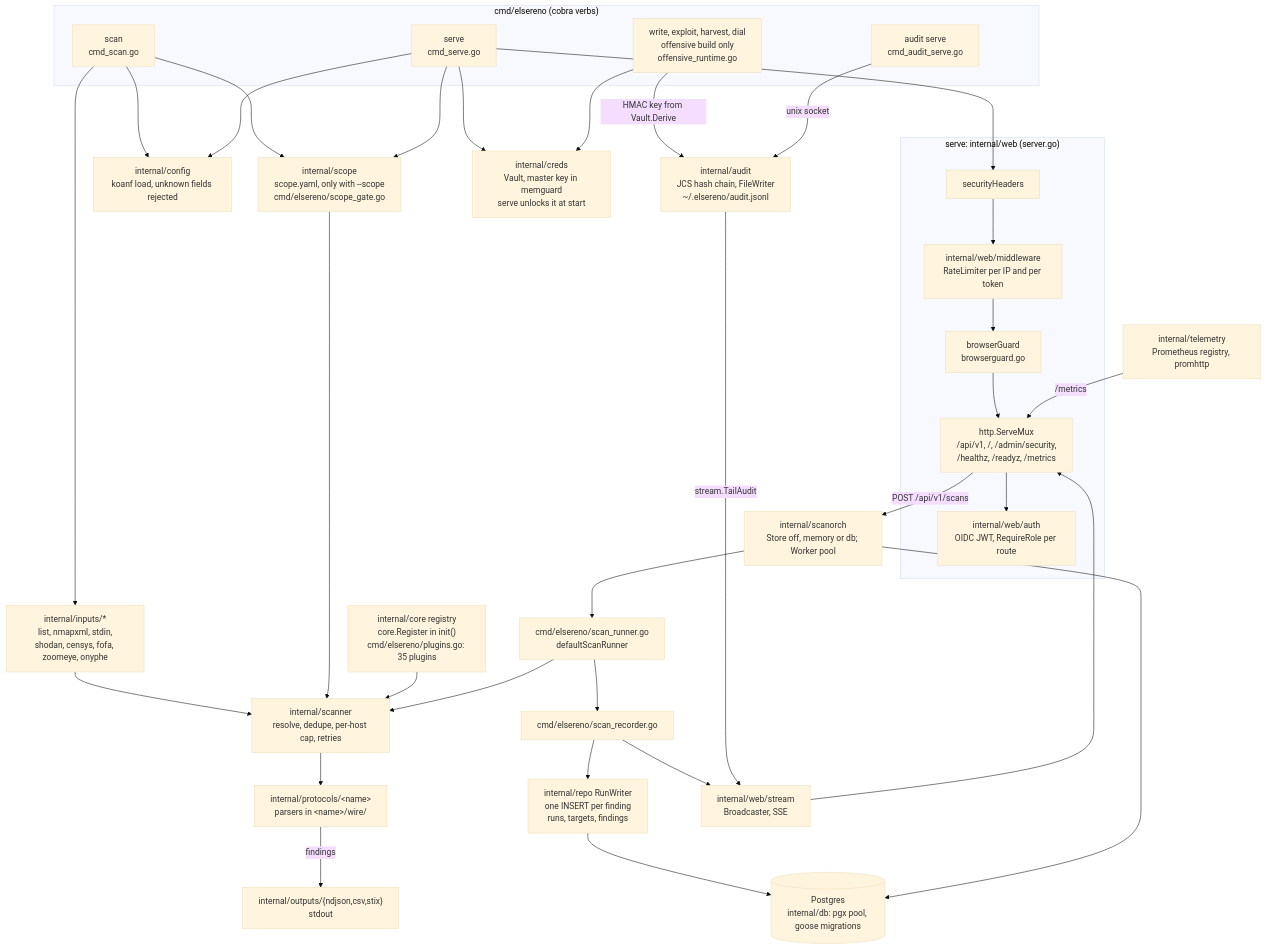
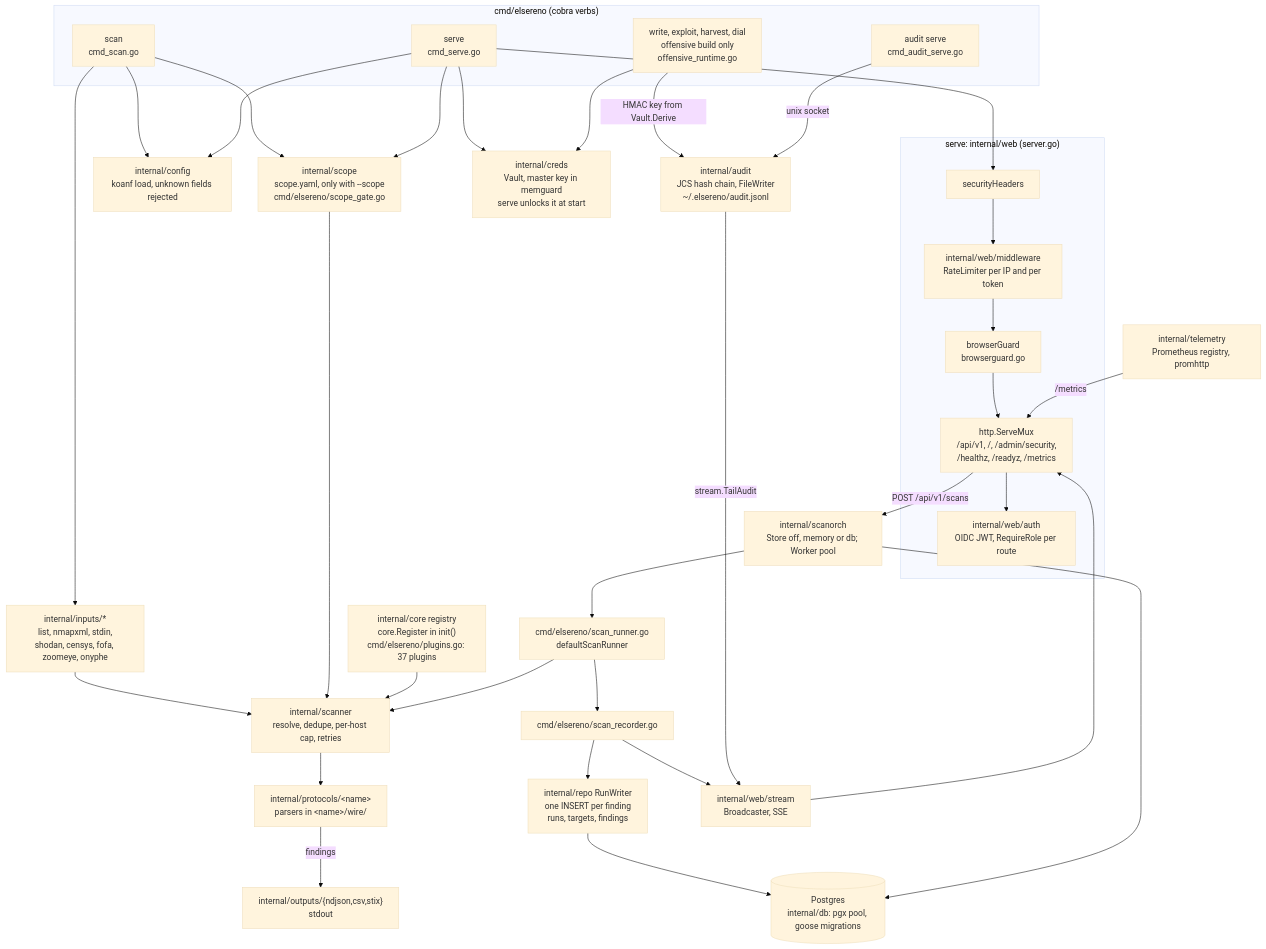
One commit to RobinR00T/elSereno changed the diagram in docs/ARCHITECTURE.md. Above: the diagram before and after it, drawn with Mermaid (base theme). The commit also changed 79 other files, not shown here.

````diff
--- a/docs/ARCHITECTURE.md
+++ b/docs/ARCHITECTURE.md
@@ -21,65 +21,65 @@
 ```mermaid
 flowchart TD
     subgraph CLI["cmd/elsereno (cobra verbs)"]
         SCAN["scan<br/>cmd_scan.go"]
         SERVE["serve<br/>cmd_serve.go"]
         WRITE["write, exploit, harvest, dial<br/>offensive build only<br/>offensive_runtime.go"]
         AUDITSRV["audit serve<br/>cmd_audit_serve.go"]
     end
 
     CFG["internal/config<br/>koanf load, unknown fields rejected"]
     SCOPE["internal/scope<br/>scope.yaml, only with --scope<br/>cmd/elsereno/scope_gate.go"]
     IN["internal/inputs/*<br/>list, nmapxml, stdin,<br/>shodan, censys, fofa, zoomeye, onyphe"]
-    REG["internal/core registry<br/>core.Register in init()<br/>cmd/elsereno/plugins.go: 35 plugins"]
+    REG["internal/core registry<br/>core.Register in init()<br/>cmd/elsereno/plugins.go: 37 plugins"]
     SCN["internal/scanner<br/>resolve, dedupe, per-host cap, retries"]
     PROTO["internal/protocols/&lt;name&gt;<br/>parsers in &lt;name&gt;/wire/"]
     OUT["internal/outputs/{ndjson,csv,stix}<br/>stdout"]
 
     SCAN --> CFG
     SCAN --> SCOPE
     SCAN --> IN
     IN --> SCN
     SCOPE --> SCN
     REG --> SCN
     SCN --> PROTO
     PROTO -->|findings| OUT
 
     subgraph WEB["serve: internal/web (server.go)"]
         SH["securityHeaders"]
         RL["internal/web/middleware<br/>RateLimiter per IP and per token"]
         BG["browserGuard<br/>browserguard.go"]
         MUX["http.ServeMux<br/>/api/v1, /, /admin/security,<br/>/healthz, /readyz, /metrics"]
         OIDC["internal/web/auth<br/>OIDC JWT, RequireRole per route"]
         SH --> RL --> BG --> MUX
         MUX --> OIDC
     end
 
     VAULT["internal/creds<br/>Vault, master key in memguard<br/>serve unlocks it at start"]
     ORCH["internal/scanorch<br/>Store off, memory or db; Worker pool"]
     RUN["cmd/elsereno/scan_runner.go<br/>defaultScanRunner"]
     REC["cmd/elsereno/scan_recorder.go"]
     REPO["internal/repo RunWriter<br/>one INSERT per finding<br/>runs, targets, findings"]
     PG[("Postgres<br/>internal/db: pgx pool, goose migrations")]
     SSE["internal/web/stream<br/>Broadcaster, SSE"]
     TEL["internal/telemetry<br/>Prometheus registry, promhttp"]
 
     SERVE --> CFG
     SERVE --> VAULT
     SERVE --> SCOPE
     SERVE --> SH
     MUX -->|POST /api/v1/scans| ORCH
     ORCH --> RUN
     RUN --> SCN
     RUN --> REC
     REC --> REPO --> PG
     REC --> SSE
     ORCH --> PG
     TEL -->|/metrics| MUX
     SSE --> MUX
 
     AUDIT["internal/audit<br/>JCS hash chain, FileWriter<br/>~/.elsereno/audit.jsonl"]
     WRITE -->|HMAC key from Vault.Derive| AUDIT
     WRITE --> VAULT
     AUDITSRV -->|unix socket| AUDIT
     AUDIT -->|stream.TailAudit| SSE
 ```
````
